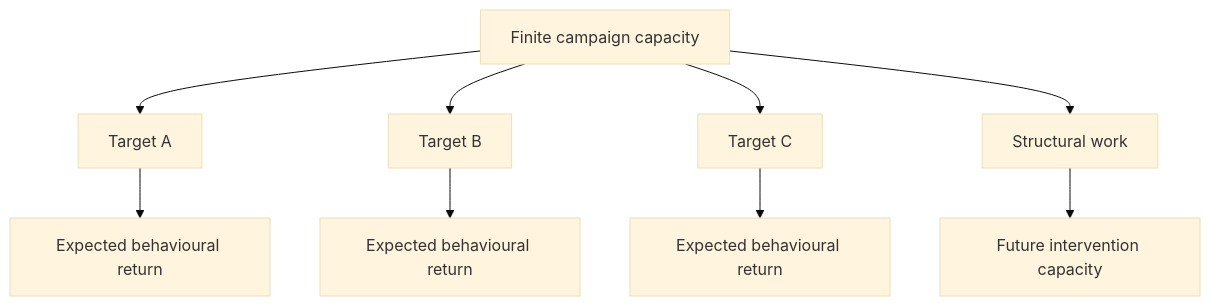
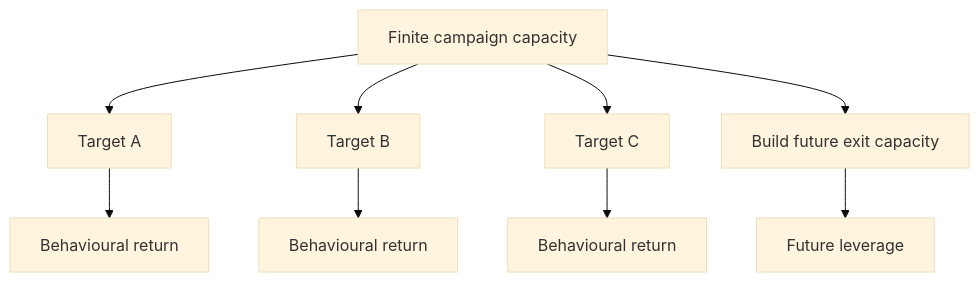
The third of 14 diagrams in 🌓_3_In_The_Moment/📲_Press_Matters/🇵🇸_Palestine_Factchecking/🌍_Global_Powers/💸_incentivising_behavioural_change_and_bds.md (josefsbreakfast/Polaris-Protocol), drawn with Mermaid (base theme) before and after one commit. The commit also changed other lines of this file, not shown here.

````diff
--- a/🌓_3_In_The_Moment/📲_Press_Matters/🇵🇸_Palestine_Factchecking/🌍_Global_Powers/💸_incentivising_behavioural_change_and_bds.md
+++ b/🌓_3_In_The_Moment/📲_Press_Matters/🇵🇸_Palestine_Factchecking/🌍_Global_Powers/💸_incentivising_behavioural_change_and_bds.md
@@ -143,14 +104,14 @@
 ```mermaid
 flowchart TD
     A[Finite campaign capacity]
 
     A --> B[Target A]
     A --> C[Target B]
     A --> D[Target C]
-    A --> E[Structural work]
+    A --> E[Build future exit capacity]
 
-    B --> F[Expected behavioural return]
-    C --> G[Expected behavioural return]
-    D --> H[Expected behavioural return]
-    E --> I[Future intervention capacity]
+    B --> F[Behavioural return]
+    C --> G[Behavioural return]
+    D --> H[Behavioural return]
+    E --> I[Future leverage]
 ```
````
